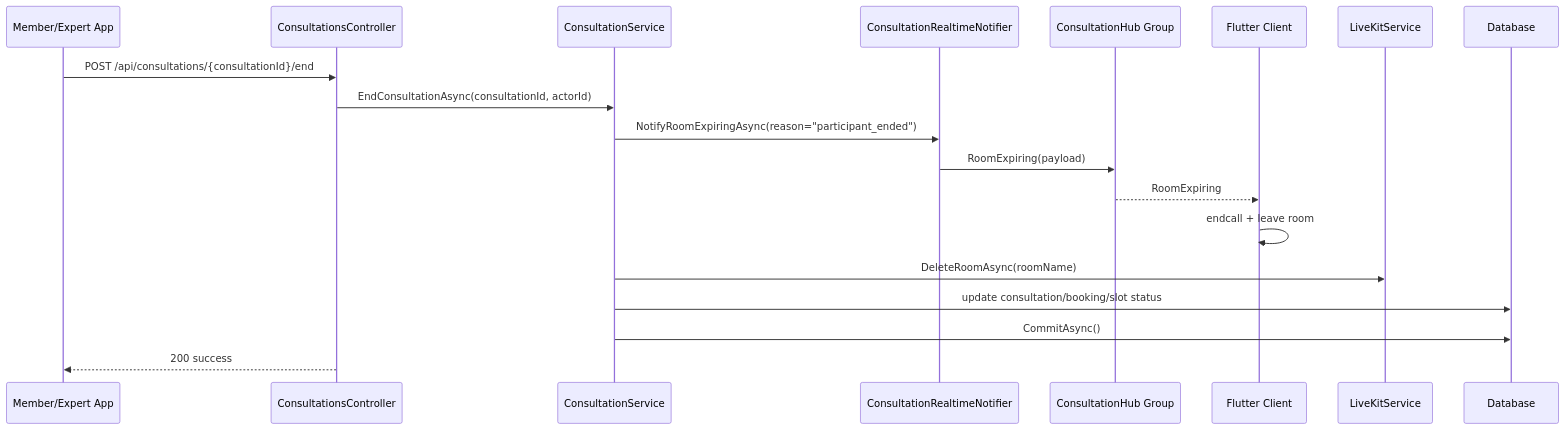
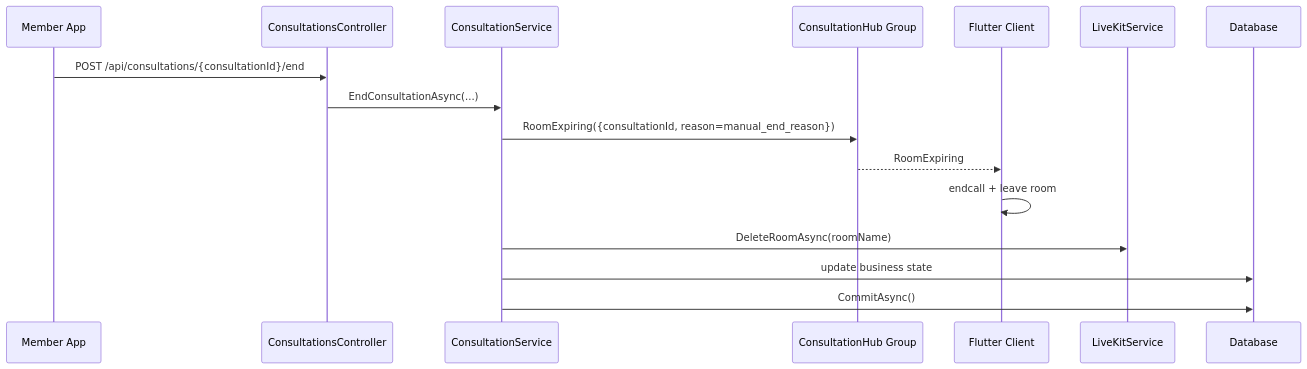
Before and after one commit to Snake-AID/SnakeAid.Docs: the second of 2 diagrams in Docs/05-Backend/02-layers/consultation-endcall-signalr/consultation-endcall-signalr.sourcecode.md, drawn with Mermaid. The commit also changed other lines of this file and 3 other files, not shown here.

First line of the commit message:
docs(consultation-endcall-signalr): align docs with runtime behavior and single RoomExpiring contract

````diff
--- a/Docs/05-Backend/02-layers/consultation-endcall-signalr/consultation-endcall-signalr.sourcecode.md
+++ b/Docs/05-Backend/02-layers/consultation-endcall-signalr/consultation-endcall-signalr.sourcecode.md
@@ -148,22 +175,19 @@
 ```mermaid
 sequenceDiagram
-    participant App as Member/Expert App
+    participant App as Member App
     participant API as ConsultationsController
     participant Service as ConsultationService
-    participant Notify as ConsultationRealtimeNotifier
     participant Hub as ConsultationHub Group
     participant Flutter as Flutter Client
     participant LiveKit as LiveKitService
     participant DB as Database
 
     App->>API: POST /api/consultations/{consultationId}/end
-    API->>Service: EndConsultationAsync(consultationId, actorId)
-    Service->>Notify: NotifyRoomExpiringAsync(reason="participant_ended")
-    Notify->>Hub: RoomExpiring(payload)
+    API->>Service: EndConsultationAsync(...)
+    Service->>Hub: RoomExpiring({consultationId, reason=manual_end_reason})
     Hub-->>Flutter: RoomExpiring
     Flutter->>Flutter: endcall + leave room
     Service->>LiveKit: DeleteRoomAsync(roomName)
-    Service->>DB: update consultation/booking/slot status
+    Service->>DB: update business state
     Service->>DB: CommitAsync()
-    API-->>App: 200 success
 ```
````
